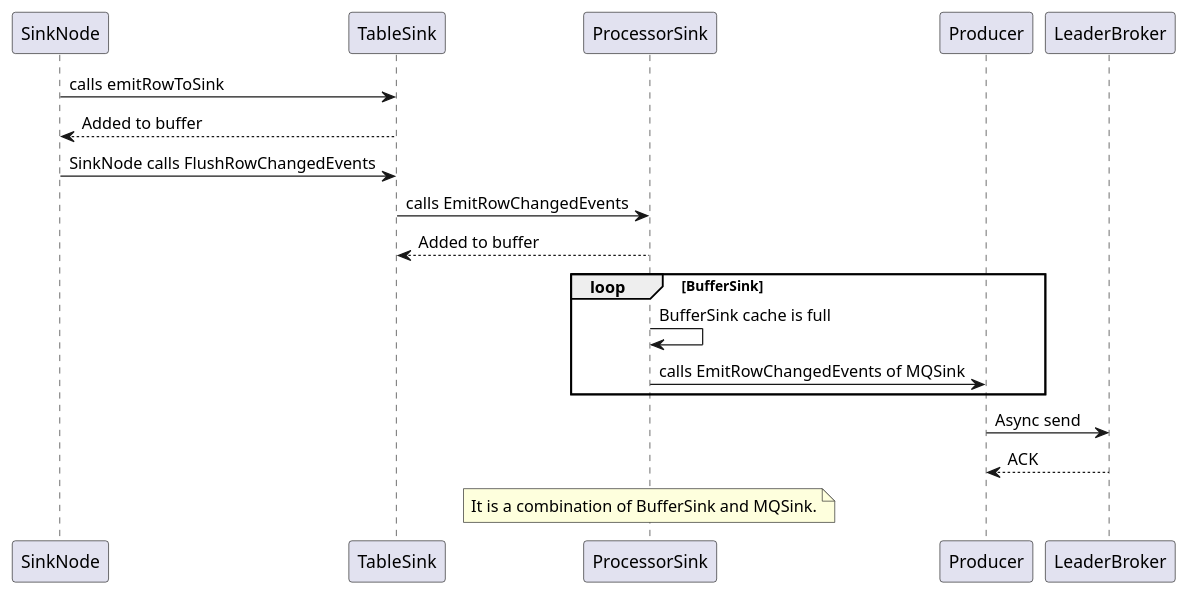
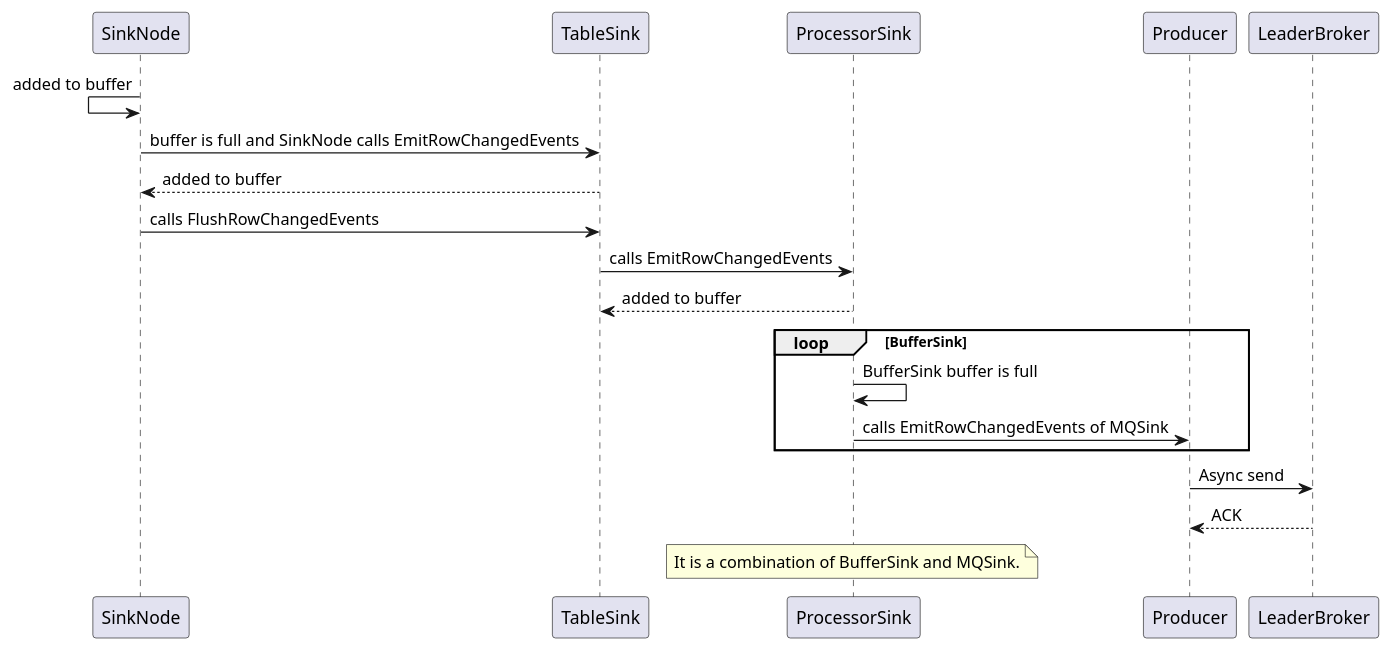
Before and after one commit to Rustin170506/ticdc-sink.slide: the fifth of 10 diagrams in slides.md, drawn with PlantUML. The commit also changed other lines of this file, not shown here.

Commit message:
Better graph and conent

````diff
--- a/slides.md
+++ b/slides.md
@@ -514,19 +530,20 @@
 ```plantuml {scale: 0.9}
 @startuml
-SinkNode -> TableSink: calls emitRowToSink
-SinkNode <-- TableSink: Added to buffer
-SinkNode -> TableSink: SinkNode calls FlushRowChangedEvents
+SinkNode <- SinkNode: added to buffer
+SinkNode -> TableSink: buffer is full and SinkNode calls EmitRowChangedEvents
+SinkNode <-- TableSink: added to buffer
+SinkNode -> TableSink: calls FlushRowChangedEvents
 TableSink -> ProcessorSink: calls EmitRowChangedEvents
-TableSink <-- ProcessorSink: Added to buffer
+TableSink <-- ProcessorSink: added to buffer
 loop BufferSink
-  ProcessorSink -> ProcessorSink: BufferSink cache is full
+  ProcessorSink -> ProcessorSink: BufferSink buffer is full
   ProcessorSink -> Producer: calls EmitRowChangedEvents of MQSink
 end
 Producer -> LeaderBroker: Async send
 Producer <-- LeaderBroker: ACK
 
 note over of ProcessorSink
   It is a combination of BufferSink and MQSink.
 end note
 @enduml
 ```
````
